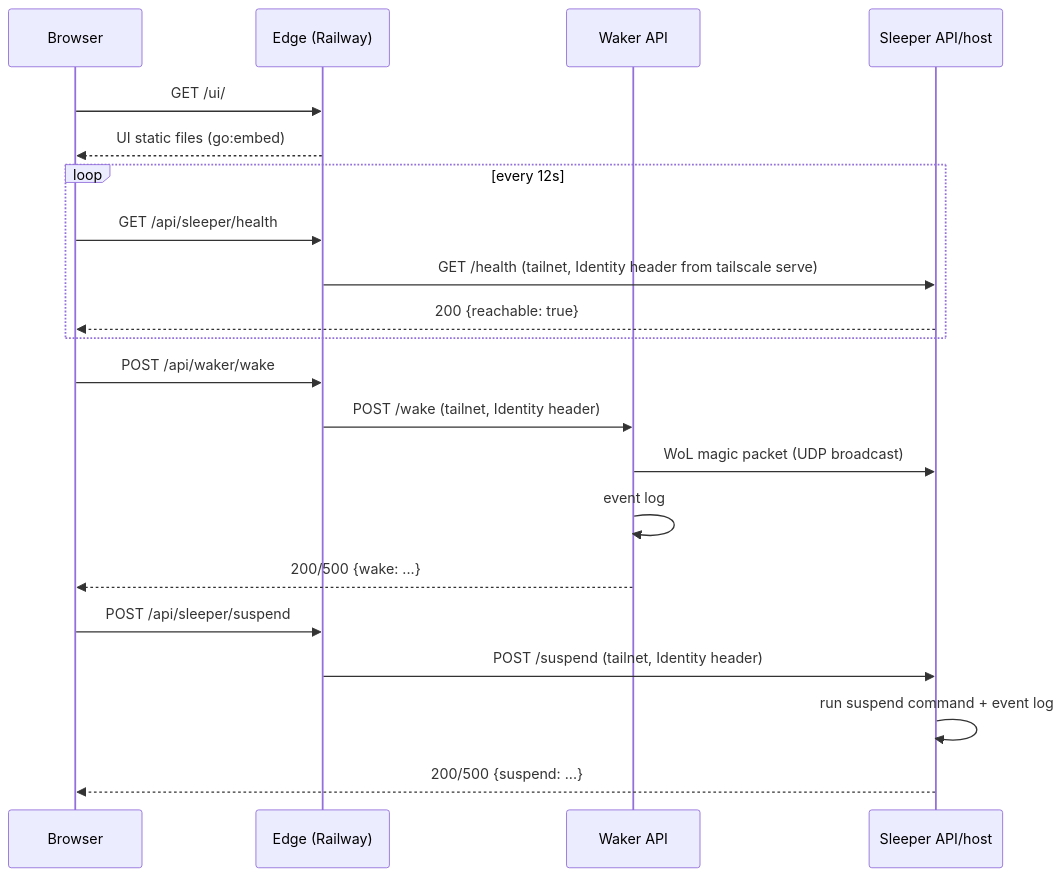
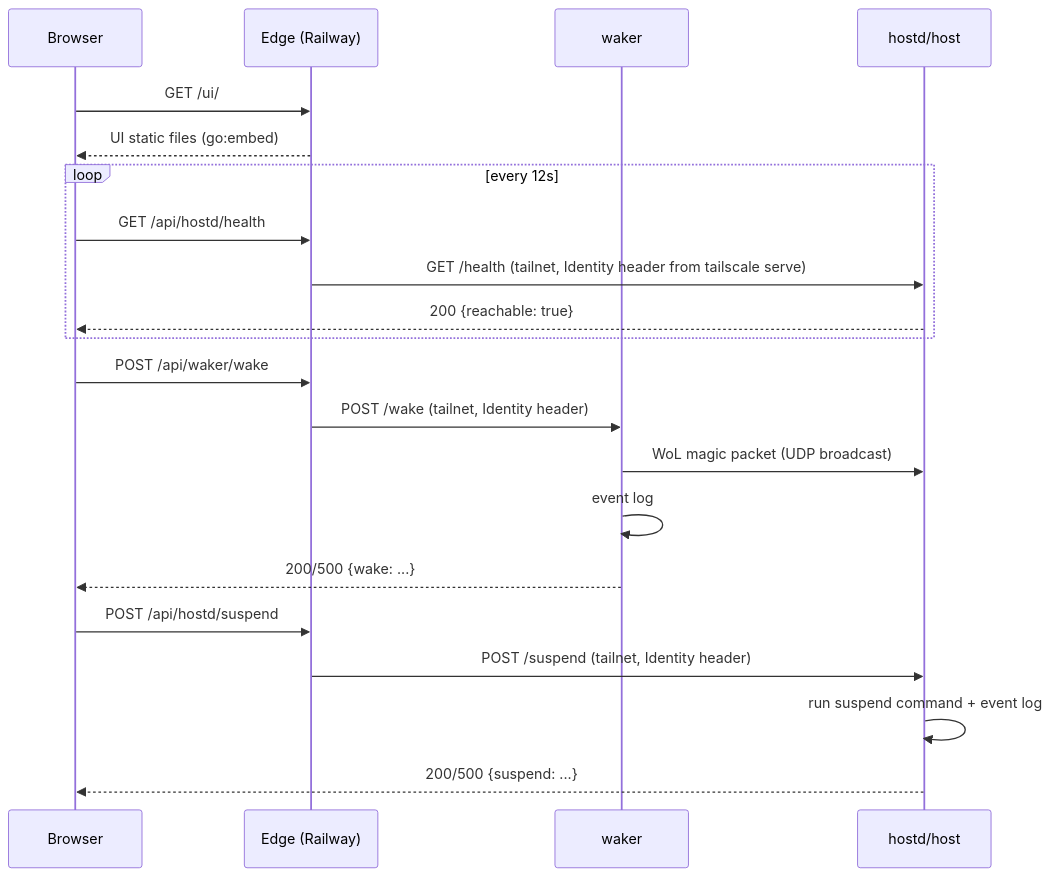
The diagram in docs/architecture.md (nikbogman/cloudberry), drawn with Mermaid before and after one commit. The commit also changed other lines of this file and 31 other files, not shown here.

First line of the commit message:
refactor: name machines by hardware, rename services to edge/waker/hostd

````diff
--- a/docs/architecture.md
+++ b/docs/architecture.md
@@ -71,27 +71,27 @@
 ```mermaid
 sequenceDiagram
     participant B as Browser
     participant E as Edge (Railway)
-    participant G as Waker API
-    participant C as Sleeper API/host
+    participant G as waker
+    participant C as hostd/host
 
     B->>E: GET /ui/
     E-->>B: UI static files (go:embed)
 
     loop every 12s
-        B->>E: GET /api/sleeper/health
+        B->>E: GET /api/hostd/health
         E->>C: GET /health (tailnet, Identity header from tailscale serve)
         C-->>B: 200 {reachable: true}
     end
 
     B->>E: POST /api/waker/wake
     E->>G: POST /wake (tailnet, Identity header)
     G->>C: WoL magic packet (UDP broadcast)
     G->>G: event log
     G-->>B: 200/500 {wake: ...}
 
-    B->>E: POST /api/sleeper/suspend
+    B->>E: POST /api/hostd/suspend
     E->>C: POST /suspend (tailnet, Identity header)
     C->>C: run suspend command + event log
     C-->>B: 200/500 {suspend: ...}
 ```
````
